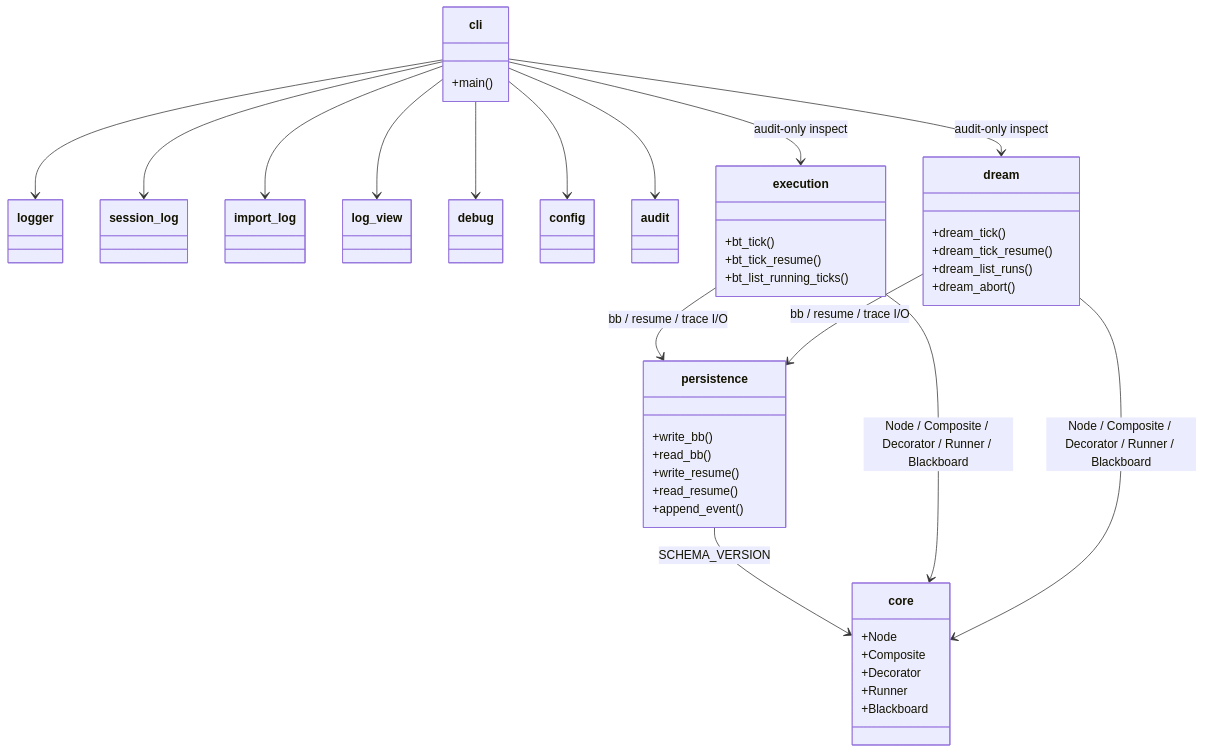
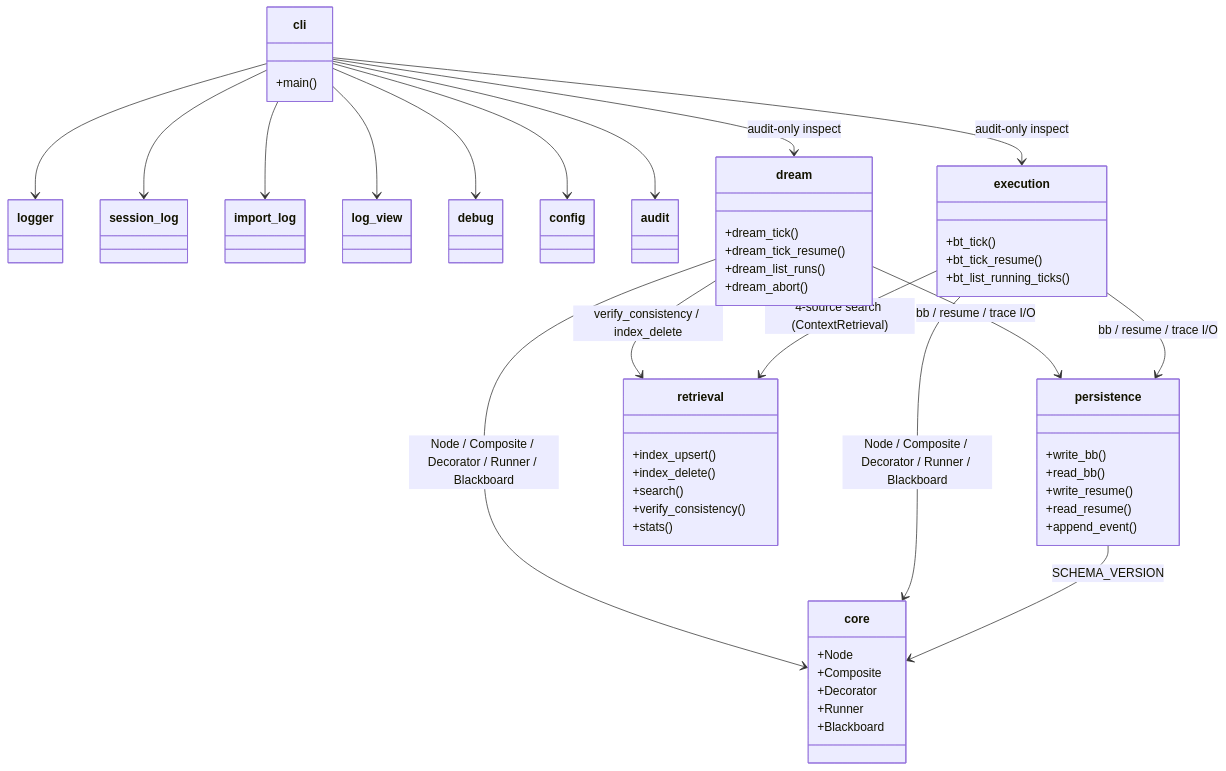
One commit to nan023062/agent-team-cc changed the diagram in v1/kernel/engine/.dna/module.md. Above: the diagram before and after it, drawn with Mermaid. The commit also changed other lines of this file and 154 other files, not shown here.

````diff
--- a/v1/kernel/engine/.dna/module.md
+++ b/v1/kernel/engine/.dna/module.md
@@ -20,53 +20,62 @@
 ```mermaid
 classDiagram
     class cli {
         +main()
     }
     class logger
     class session_log
     class import_log
     class log_view
     class debug
     class config
     class audit
     class core {
         +Node
         +Composite
         +Decorator
         +Runner
         +Blackboard
     }
     class persistence {
         +write_bb()
         +read_bb()
         +write_resume()
         +read_resume()
         +append_event()
     }
+    class retrieval {
+        +index_upsert()
+        +index_delete()
+        +search()
+        +verify_consistency()
+        +stats()
+    }
     class execution {
         +bt_tick()
         +bt_tick_resume()
         +bt_list_running_ticks()
     }
     class dream {
         +dream_tick()
         +dream_tick_resume()
         +dream_list_runs()
         +dream_abort()
     }
 
     cli --> logger
     cli --> session_log
     cli --> import_log
     cli --> log_view
     cli --> debug
     cli --> config
     cli --> audit
     cli --> execution : audit-only inspect
     cli --> dream : audit-only inspect
     persistence --> core : SCHEMA_VERSION
     execution --> core : Node / Composite / Decorator / Runner / Blackboard
     execution --> persistence : bb / resume / trace I/O
+    execution --> retrieval : 4-source search (ContextRetrieval)
     dream --> core : Node / Composite / Decorator / Runner / Blackboard
     dream --> persistence : bb / resume / trace I/O
+    dream --> retrieval : verify_consistency / index_delete
 ```
````
